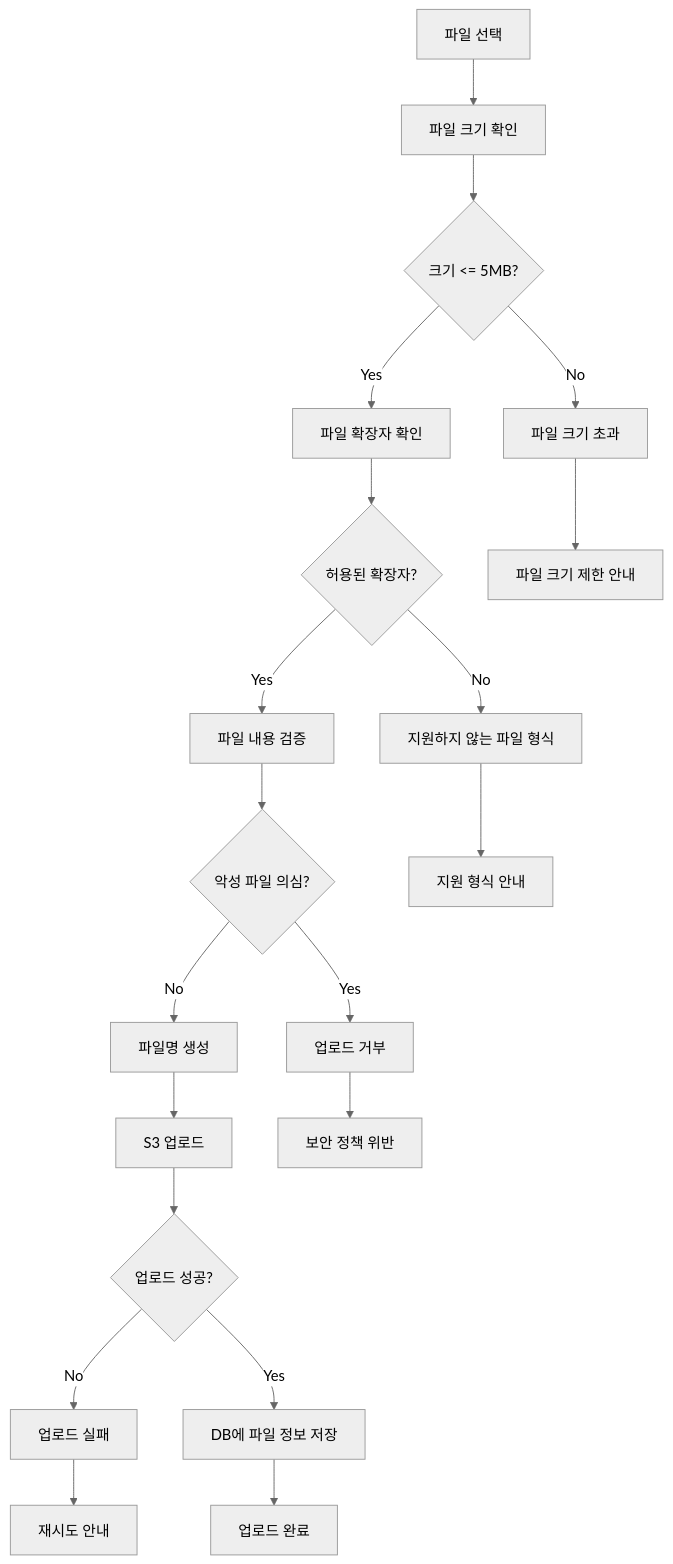
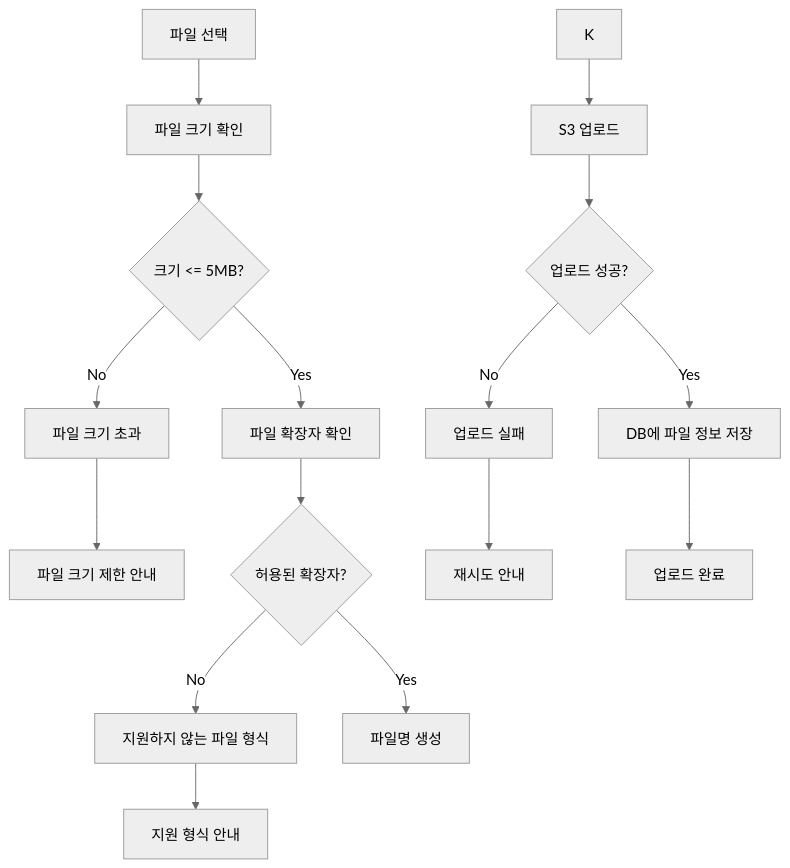
The eighth of 12 diagrams in docs/flows/business.md (Central-MakeUs/CheatKey-Server), drawn with Mermaid (neutral theme) before and after one commit. The commit also changed other lines of this file and 6 other files, not shown here.

````diff
--- a/docs/flows/business.md
+++ b/docs/flows/business.md
@@ -228,27 +208,22 @@
 ```mermaid
 flowchart TD
     A[파일 선택] --> B[파일 크기 확인]
     B --> C{크기 <= 5MB?}
     C -->|No| D[파일 크기 초과]
     C -->|Yes| E[파일 확장자 확인]
     
     E --> F{허용된 확장자?}
     F -->|No| G[지원하지 않는 파일 형식]
-    F -->|Yes| H[파일 내용 검증]
-    
-    H --> I{악성 파일 의심?}
-    I -->|Yes| J[업로드 거부]
-    I -->|No| K[파일명 생성]
+    F -->|Yes| H[파일명 생성]
     
     K --> L[S3 업로드]
     L --> M{업로드 성공?}
     M -->|No| N[업로드 실패]
     M -->|Yes| O[DB에 파일 정보 저장]
     
     O --> P[업로드 완료]
     
     D --> Q[파일 크기 제한 안내]
     G --> R[지원 형식 안내]
-    J --> S[보안 정책 위반]
     N --> T[재시도 안내]
 ```
````
